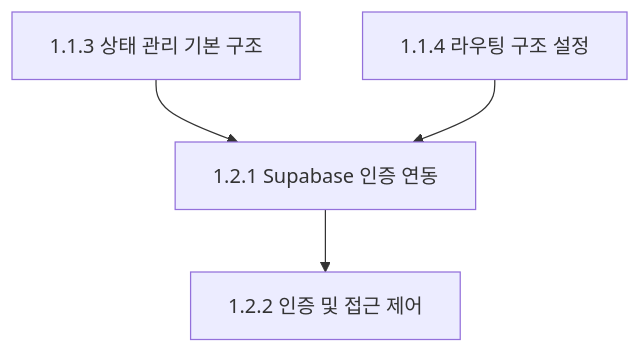
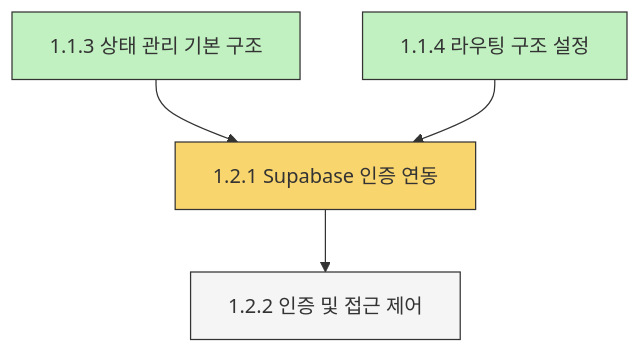
Before and after one commit to Seungwoo321/etorch-docs: the third of 10 diagrams in ROADMAP.md, drawn with Mermaid. The commit also changed other lines of this file, not shown here.

````diff
--- a/ROADMAP.md
+++ b/ROADMAP.md
@@ -128,6 +141,11 @@
 ```mermaid
 flowchart TD
     A[1.1.3 상태 관리 기본 구조] --> C[1.2.1 Supabase 인증 연동]
     B[1.1.4 라우팅 구조 설정] --> C
     C --> D[1.2.2 인증 및 접근 제어]
+    
+    style A fill:#c1f0c1,stroke:#333,stroke-width:1px
+    style B fill:#c1f0c1,stroke:#333,stroke-width:1px
+    style C fill:#f9d56e,stroke:#333,stroke-width:1px
+    style D fill:#f5f5f5,stroke:#333,stroke-width:1px
 ```
````
